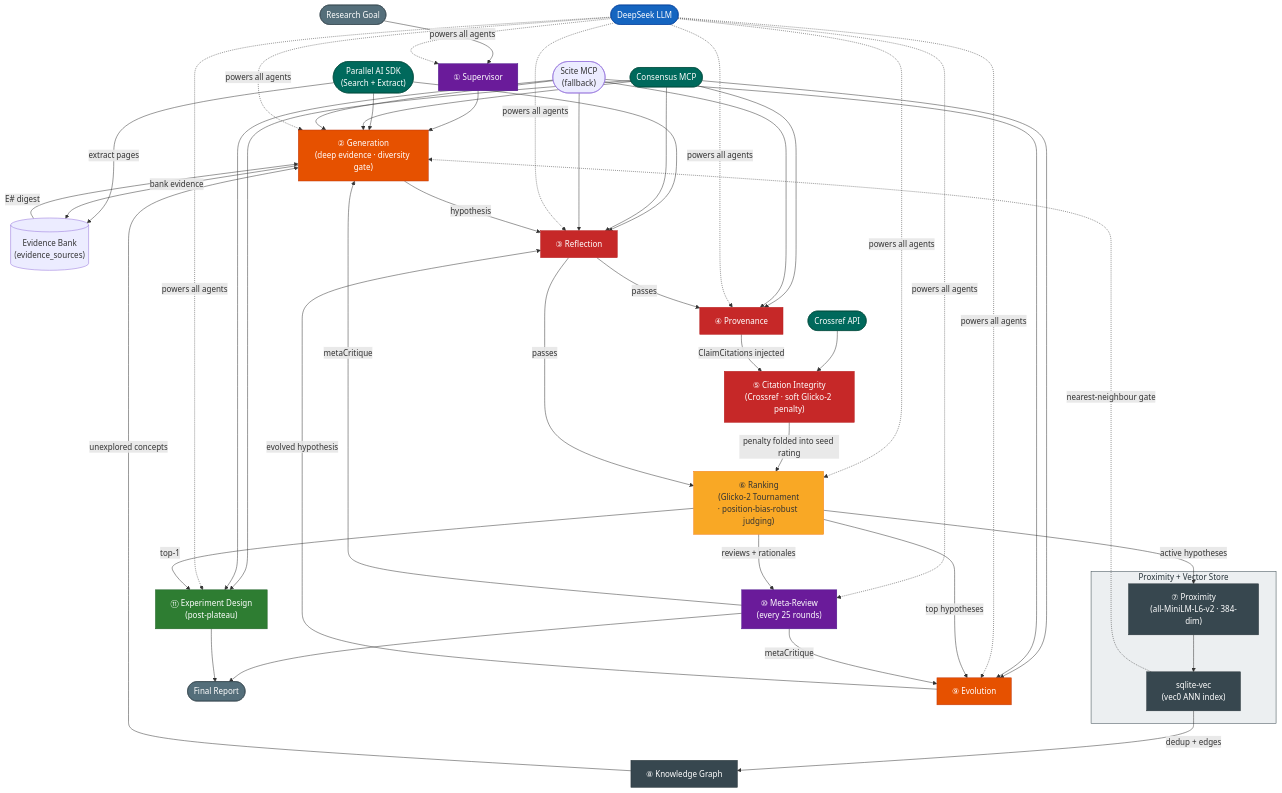
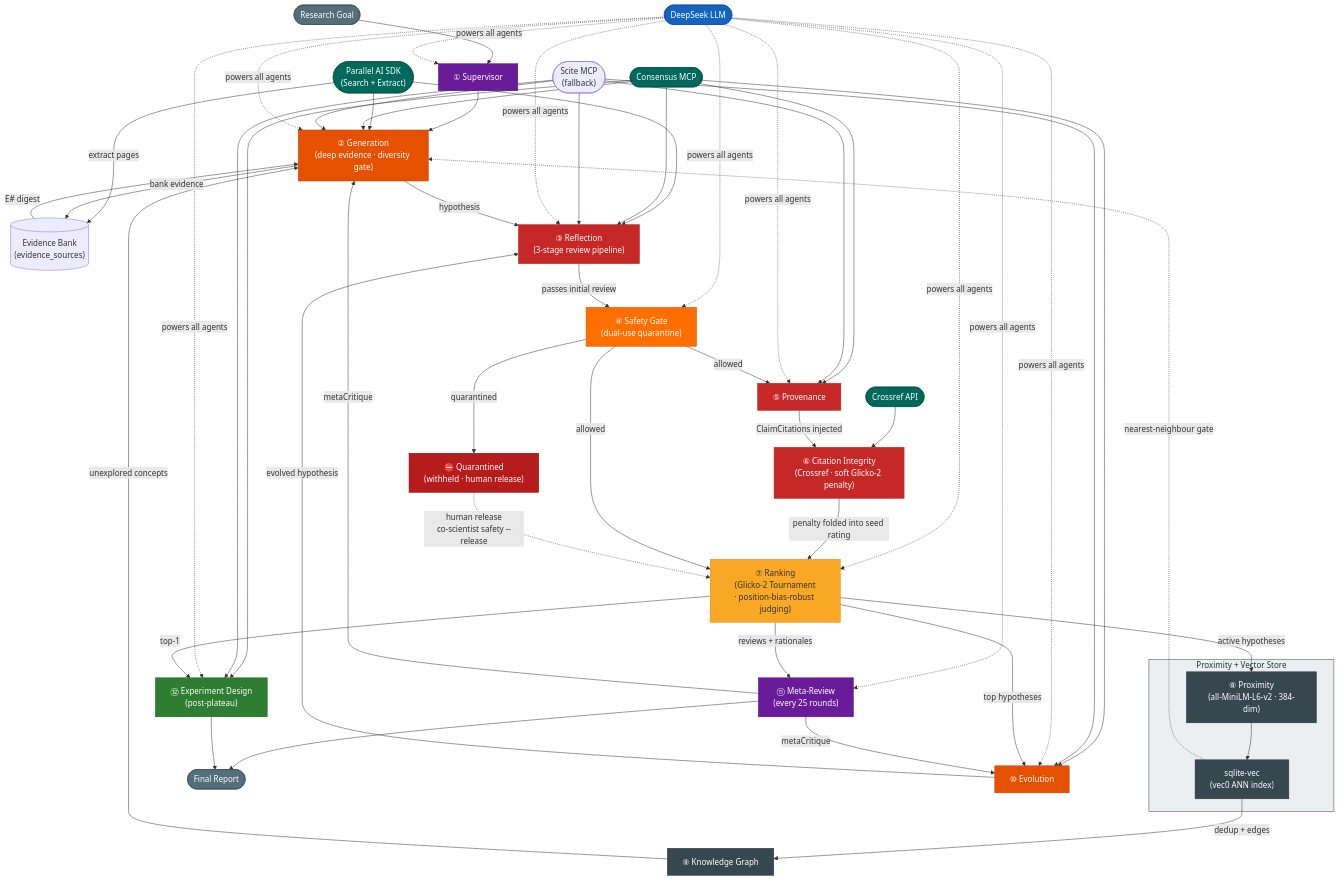
Before and after one commit to raktim-mondol/co-scientist: the diagram in README.md, drawn with Mermaid. The commit also changed other lines of this file, not shown here.

First line of the commit message:
docs: document Safety Gate (dual-use quarantine) in README and architecture diagram

````diff
--- a/README.md
+++ b/README.md
@@ -554,21 +646,23 @@
 
     SUP["① Supervisor"]
     GEN["② Generation<br/>(deep evidence · diversity gate)"]
-    REF["③ Reflection"]
-    PROV["④ Provenance"]
-    CITE["⑤ Citation Integrity<br/>(Crossref · soft Glicko-2 penalty)"]
-    RANK["⑥ Ranking<br/>(Glicko-2 Tournament<br/>· position-bias-robust judging)"]
+    REF["③ Reflection<br/>(3-stage review pipeline)"]
+    SAFE["④ Safety Gate<br/>(dual-use quarantine)"]
+    PROV["⑤ Provenance"]
+    CITE["⑥ Citation Integrity<br/>(Crossref · soft Glicko-2 penalty)"]
+    RANK["⑦ Ranking<br/>(Glicko-2 Tournament<br/>· position-bias-robust judging)"]
 
     subgraph PROXVEC["Proximity + Vector Store"]
-        PROX["⑦ Proximity<br/>(all-MiniLM-L6-v2 · 384-dim)"]
+        PROX["⑧ Proximity<br/>(all-MiniLM-L6-v2 · 384-dim)"]
         VEC2["sqlite-vec<br/>(vec0 ANN index)"]
         PROX --> VEC2
     end
 
-    KG["⑧ Knowledge Graph"]
-    EVOL["⑨ Evolution"]
-    META["⑩ Meta-Review<br/>(every 25 rounds)"]
-    DESIGN["⑪ Experiment Design<br/>(post-plateau)"]
+    KG["⑨ Knowledge Graph"]
+    EVOL["⑩ Evolution"]
+    META["⑪ Meta-Review<br/>(every 25 rounds)"]
+    DESIGN["⑫ Experiment Design<br/>(post-plateau)"]
+    QUAR["⛔ Quarantined<br/>(withheld · human release)"]
 
     %% ── Main flow ────────────────────────────────────────────────
     GOAL --> SUP --> GEN
@@ -590,13 +684,16 @@
     CON --> DESIGN
     SCITE --> DESIGN
 
-    DS -.->|powers all agents| SUP & GEN & REF & PROV & RANK & EVOL & META & DESIGN
+    DS -.->|powers all agents| SUP & GEN & REF & SAFE & PROV & RANK & EVOL & META & DESIGN
 
     GEN -->|hypothesis| REF
-    REF -->|passes| PROV
+    REF -->|passes initial review| SAFE
+    SAFE -->|allowed| PROV
     PROV -->|ClaimCitations injected| CITE
     CITE -->|penalty folded into seed rating| RANK
-    REF -->|passes| RANK
+    SAFE -->|allowed| RANK
+    SAFE -->|quarantined| QUAR
+    QUAR -.->|human release<br/>co-scientist safety --release| RANK
     RANK -->|top hypotheses| EVOL
     EVOL -->|evolved hypothesis| REF
 
@@ -626,6 +723,7 @@
     style GEN      fill:#E65100,color:#fff,stroke:#BF360C
     style EVOL     fill:#E65100,color:#fff,stroke:#BF360C
     style REF      fill:#C62828,color:#fff,stroke:#B71C1C
+    style SAFE     fill:#FF6F00,color:#fff,stroke:#E65100
     style PROV     fill:#C62828,color:#fff,stroke:#B71C1C
     style CITE     fill:#C62828,color:#fff,stroke:#B71C1C
     style RANK     fill:#F9A825,color:#333,stroke:#F57F17
@@ -633,5 +731,6 @@
     style VEC2     fill:#37474F,color:#fff,stroke:#263238
     style KG       fill:#37474F,color:#fff,stroke:#263238
     style DESIGN   fill:#2E7D32,color:#fff,stroke:#1B5E20
+    style QUAR     fill:#B71C1C,color:#fff,stroke:#7F0000
     style PROXVEC  fill:#ECEFF1,stroke:#37474F,color:#263238
 ```
````
